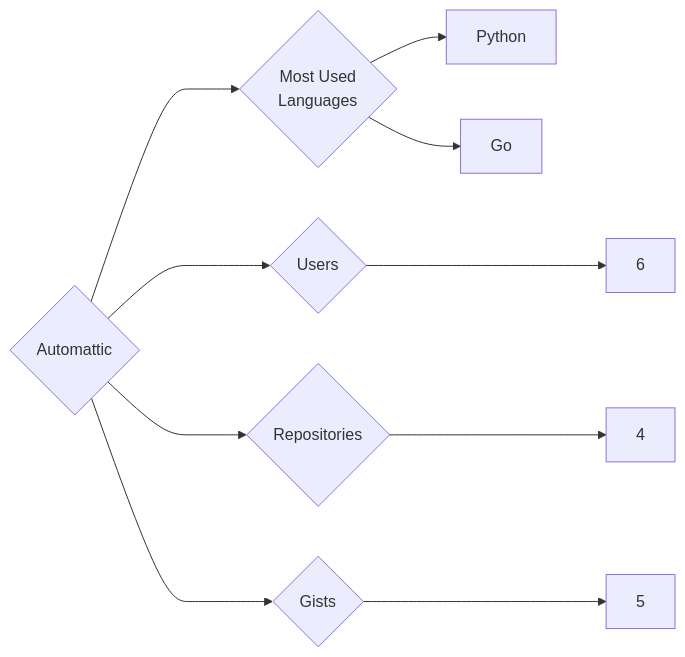
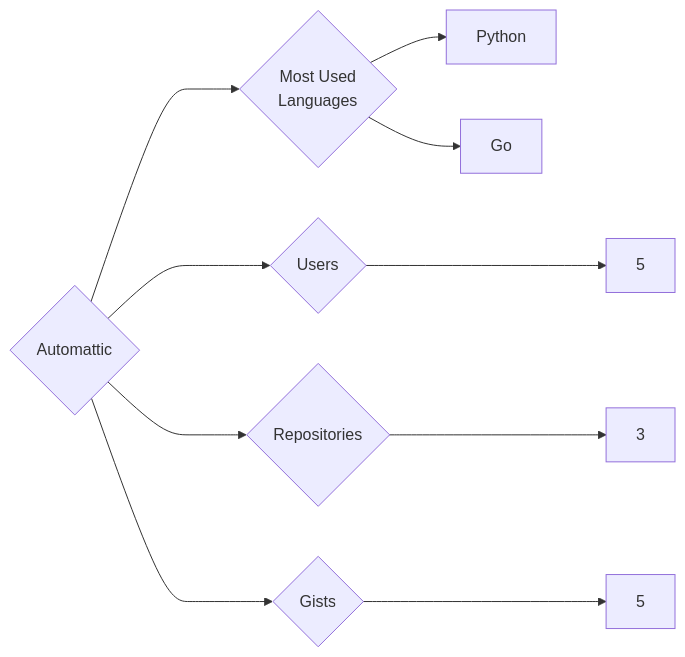
One commit to trickest/insiders changed the diagram in targets/Automattic/README.md. Above: the diagram before and after it, drawn with Mermaid. The commit also changed 840 other files, not shown here.

````diff
--- a/targets/Automattic/README.md
+++ b/targets/Automattic/README.md
@@ -3,10 +3,10 @@
 ```mermaid
 graph LR
 COMPANY_NAME{Automattic}
-COMPANY_NAME ---> U{Users} ---> UN[6]
-COMPANY_NAME ---> R{Repositories} ---> RN[4]
+COMPANY_NAME ---> U{Users} ---> UN[5]
+COMPANY_NAME ---> R{Repositories} ---> RN[3]
 COMPANY_NAME ---> G{Gists} ---> GN[5]
 COMPANY_NAME ---> ML{Most Used<br>Languages}
 ML --> Python[Python]
 ML --> Go[Go]
 ```
````
